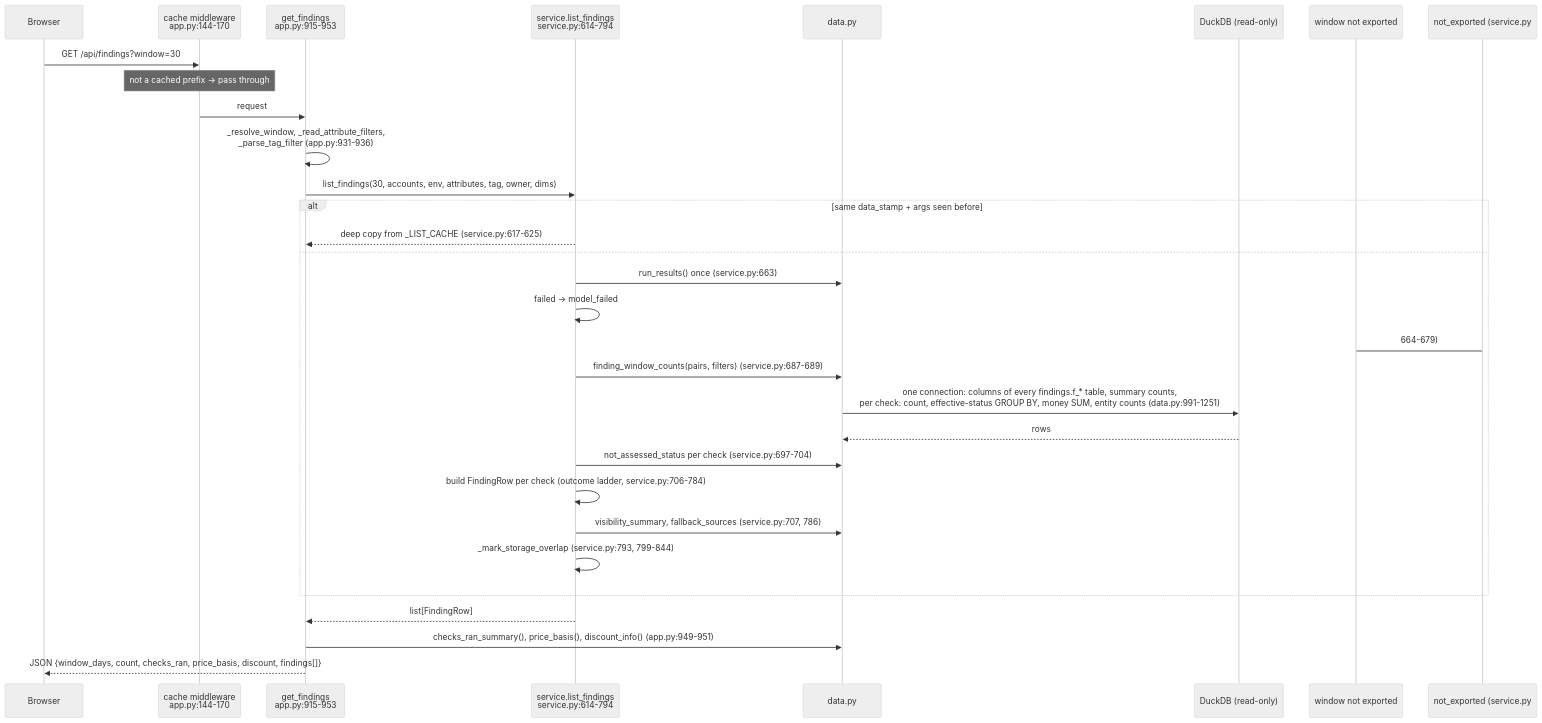
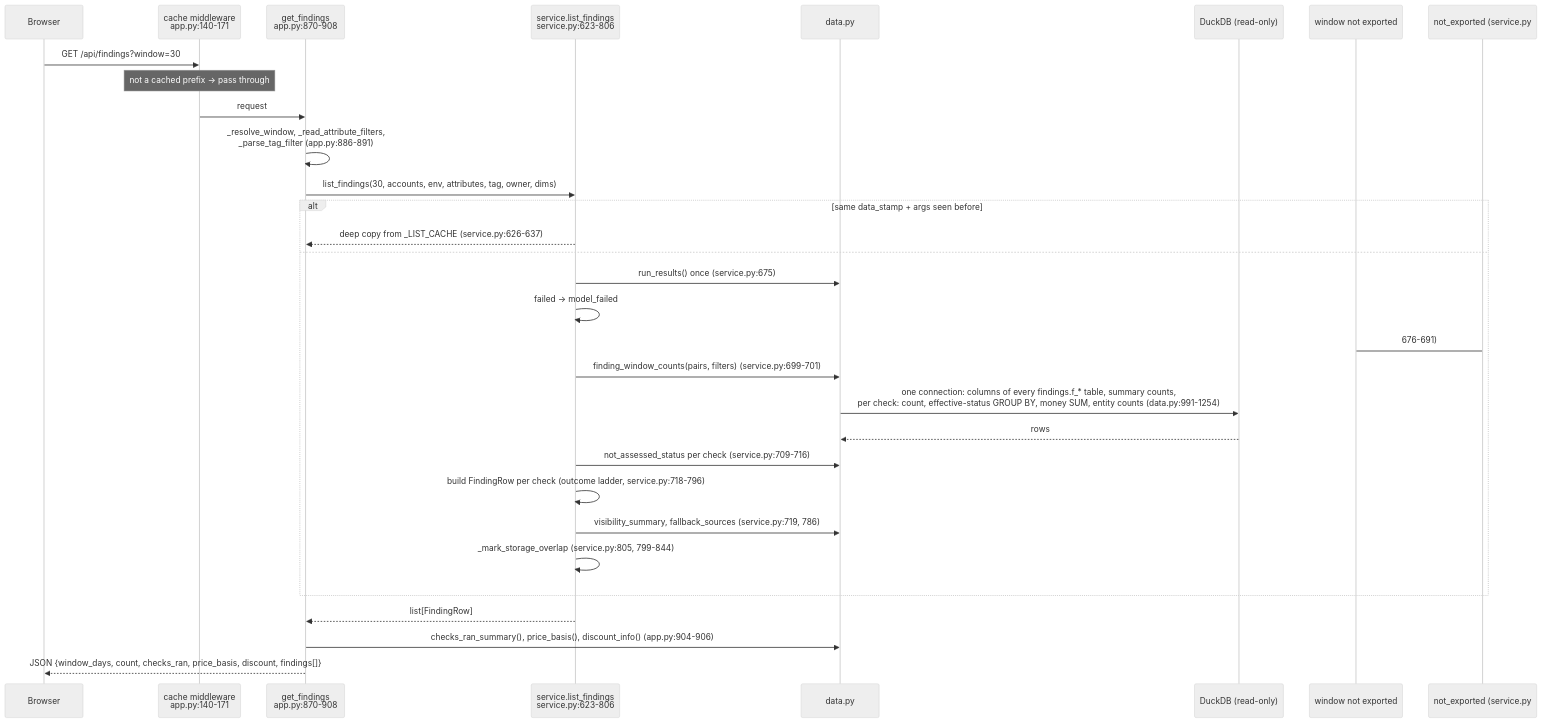
One commit to darshanmeel/snowflake-audit-app changed the second of 3 diagrams in snowflake-audit-app-knowledge-graph/flows/request.md. Above: the diagram before and after it, drawn with Mermaid (neutral theme). The commit also changed other lines of this file and 191 other files, not shown here.

First line of the commit message:
Fix remaining review findings; update graph and docs

````diff
--- a/snowflake-audit-app-knowledge-graph/flows/request.md
+++ b/snowflake-audit-app-knowledge-graph/flows/request.md
@@ -26,30 +26,30 @@
 ```mermaid
 sequenceDiagram
   participant UI as Browser
-  participant MW as cache middleware<br/>app.py:144-170
-  participant R as get_findings<br/>app.py:915-953
-  participant S as service.list_findings<br/>service.py:614-794
+  participant MW as cache middleware<br/>app.py:140-171
+  participant R as get_findings<br/>app.py:870-908
+  participant S as service.list_findings<br/>service.py:623-806
   participant D as data.py
   participant DB as DuckDB (read-only)
   UI->>MW: GET /api/findings?window=30
   Note over MW: not a cached prefix -> pass through
   MW->>R: request
-  R->>R: _resolve_window, _read_attribute_filters,<br/>_parse_tag_filter (app.py:931-936)
+  R->>R: _resolve_window, _read_attribute_filters,<br/>_parse_tag_filter (app.py:886-891)
   R->>S: list_findings(30, accounts, env, attributes, tag, owner, dims)
   alt same data_stamp + args seen before
-    S-->>R: deep copy from _LIST_CACHE (service.py:617-625)
+    S-->>R: deep copy from _LIST_CACHE (service.py:626-637)
   else
-    S->>D: run_results() once (service.py:663)
-    S->>S: failed -> model_failed; window not exported -> not_exported (service.py:664-679)
-    S->>D: finding_window_counts(pairs, filters) (service.py:687-689)
-    D->>DB: one connection: columns of every findings.f_* table, summary counts,<br/>per check: count, effective-status GROUP BY, money SUM, entity counts (data.py:991-1251)
+    S->>D: run_results() once (service.py:675)
+    S->>S: failed -> model_failed; window not exported -> not_exported (service.py:676-691)
+    S->>D: finding_window_counts(pairs, filters) (service.py:699-701)
+    D->>DB: one connection: columns of every findings.f_* table, summary counts,<br/>per check: count, effective-status GROUP BY, money SUM, entity counts (data.py:991-1254)
     DB-->>D: rows
-    S->>D: not_assessed_status per check (service.py:697-704)
-    S->>S: build FindingRow per check (outcome ladder, service.py:706-784)
-    S->>D: visibility_summary, fallback_sources (service.py:707, 786)
-    S->>S: _mark_storage_overlap (service.py:793, 799-844)
+    S->>D: not_assessed_status per check (service.py:709-716)
+    S->>S: build FindingRow per check (outcome ladder, service.py:718-796)
+    S->>D: visibility_summary, fallback_sources (service.py:719, 786)
+    S->>S: _mark_storage_overlap (service.py:805, 799-844)
   end
   S-->>R: list[FindingRow]
-  R->>D: checks_ran_summary(), price_basis(), discount_info() (app.py:949-951)
+  R->>D: checks_ran_summary(), price_basis(), discount_info() (app.py:904-906)
   R-->>UI: JSON {window_days, count, checks_ran, price_basis, discount, findings[]}
 ```
````
